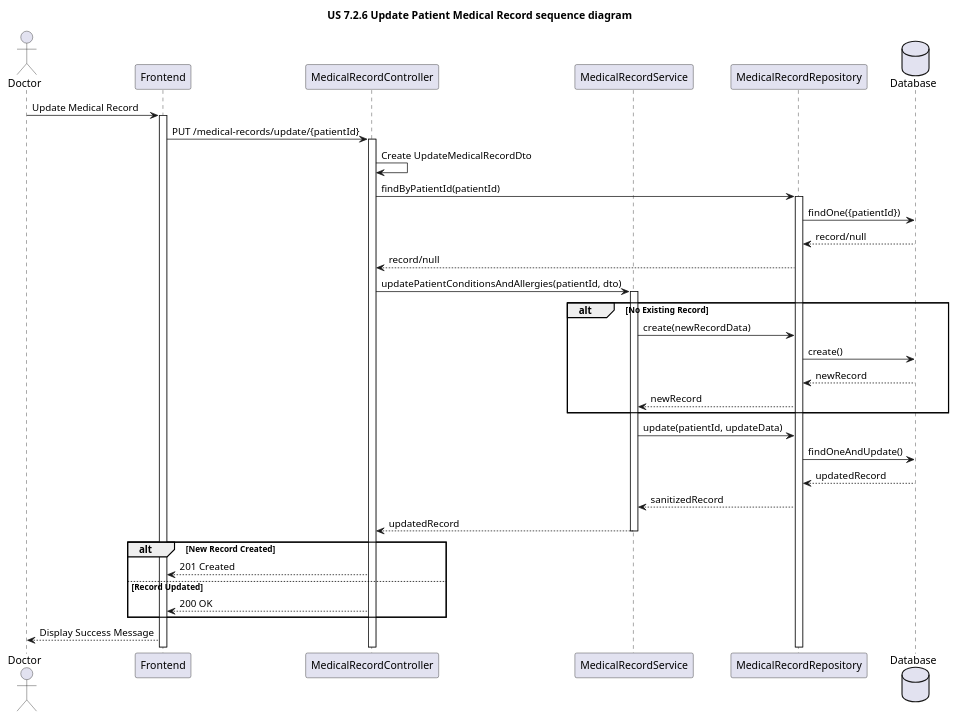
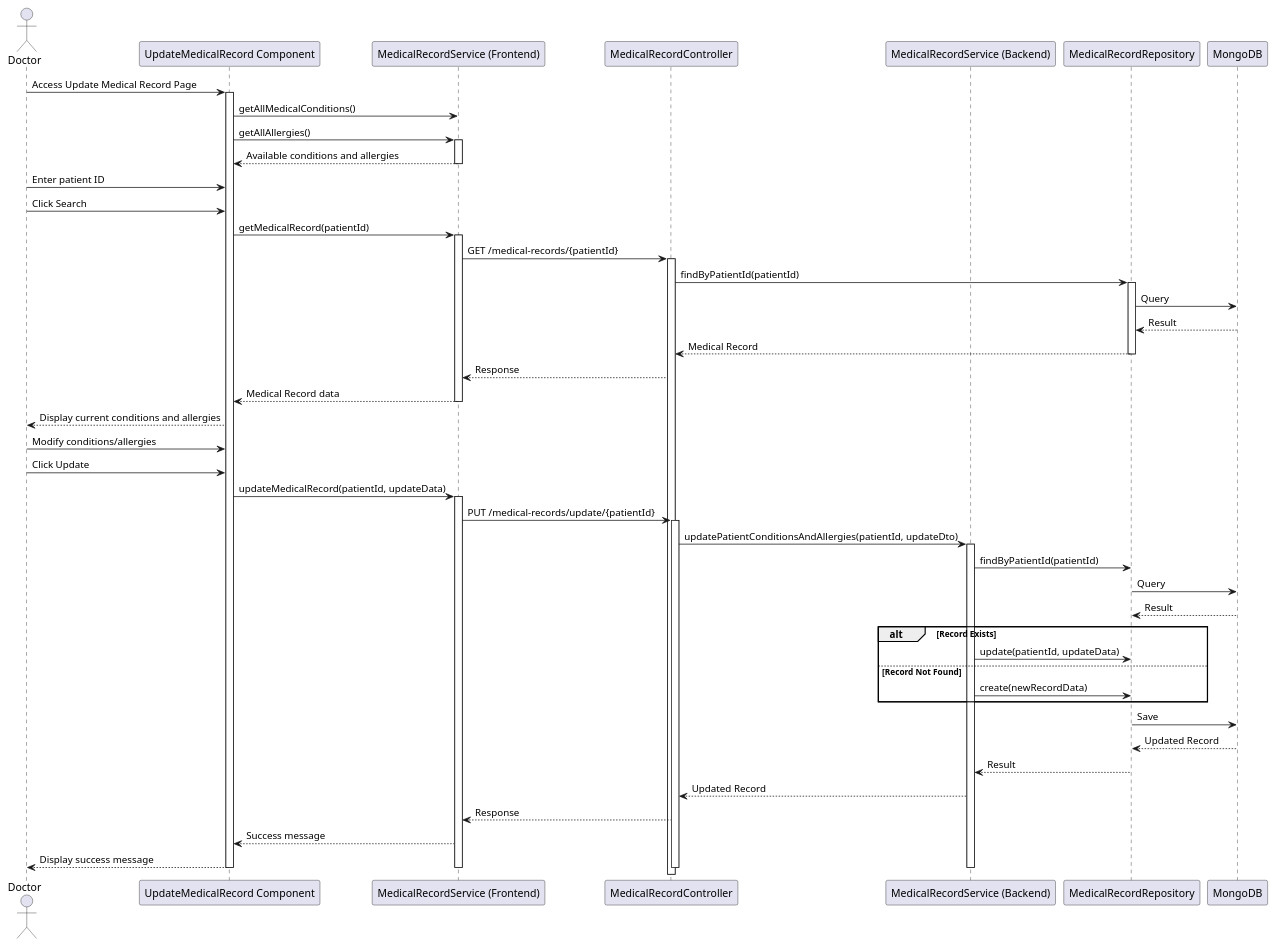
One commit to HugBar/3DC_G17 changed the diagram in docs/Sprint3/US 7.2.6/SD.puml. Above: the diagram before and after it, drawn with PlantUML. The commit also changed 5 other files, not shown here.

```diff
--- a/docs/Sprint3/US 7.2.6/SD.puml
+++ b/docs/Sprint3/US 7.2.6/SD.puml
@@ -1,51 +1,77 @@
-@startuml namespace US 7.2.6 sequence diagram
-title US 7.2.6 Update Patient Medical Record sequence diagram
+@startuml Update Medical Record Sequence Diagram
 
 actor Doctor
-participant "Frontend" as FE
-participant "MedicalRecordController" as MC
-participant "MedicalRecordService" as MS
-participant "MedicalRecordRepository" as MR
-database "Database" as DB
+participant Frontend as "UpdateMedicalRecord Component"
+participant FrontendService as "MedicalRecordService (Frontend)"
+participant Controller as "MedicalRecordController"
+participant Service as "MedicalRecordService (Backend)"
+participant Repository as "MedicalRecordRepository"
+participant Database as "MongoDB"
 
-Doctor -> FE: Update Medical Record
-activate FE
+Doctor -> Frontend: Access Update Medical Record Page
+activate Frontend
 
-FE -> MC: PUT /medical-records/update/{patientId}
-activate MC
+Frontend -> FrontendService: getAllMedicalConditions()
+Frontend -> FrontendService: getAllAllergies()
+activate FrontendService
 
-MC -> MC: Create UpdateMedicalRecordDto
-MC -> MR: findByPatientId(patientId)
-activate MR
+FrontendService --> Frontend: Available conditions and allergies
+deactivate FrontendService
 
-MR -> DB: findOne({patientId})
-DB --> MR: record/null
-MR --> MC: record/null
+Doctor -> Frontend: Enter patient ID
+Doctor -> Frontend: Click Search
+Frontend -> FrontendService: getMedicalRecord(patientId)
+activate FrontendService
 
-MC -> MS: updatePatientConditionsAndAllergies(patientId, dto)
-activate MS
+FrontendService -> Controller: GET /medical-records/{patientId}
+activate Controller
 
-alt No Existing Record
-    MS -> MR: create(newRecordData)
-    MR -> DB: create()
-    DB --> MR: newRecord
-    MR --> MS: newRecord
+Controller -> Repository: findByPatientId(patientId)
+activate Repository
+Repository -> Database: Query
+Database --> Repository: Result
+Repository --> Controller: Medical Record
+deactivate Repository
+
+Controller --> FrontendService: Response
+FrontendService --> Frontend: Medical Record data
+deactivate FrontendService
+
+Frontend --> Doctor: Display current conditions and allergies
+
+Doctor -> Frontend: Modify conditions/allergies
+Doctor -> Frontend: Click Update
+Frontend -> FrontendService: updateMedicalRecord(patientId, updateData)
+activate FrontendService
+
+FrontendService -> Controller: PUT /medical-records/update/{patientId}
+activate Controller
+
+Controller -> Service: updatePatientConditionsAndAllergies(patientId, updateDto)
+activate Service
+
+Service -> Repository: findByPatientId(patientId)
+Repository -> Database: Query
+Database --> Repository: Result
+
+alt Record Exists
+    Service -> Repository: update(patientId, updateData)
+else Record Not Found
+    Service -> Repository: create(newRecordData)
 end
 
-MS -> MR: update(patientId, updateData)
-MR -> DB: findOneAndUpdate()
-DB --> MR: updatedRecord
-MR --> MS: sanitizedRecord
+Repository -> Database: Save
+Database --> Repository: Updated Record
+Repository --> Service: Result
+Service --> Controller: Updated Record
+Controller --> FrontendService: Response
+FrontendService --> Frontend: Success message
 
-MS --> MC: updatedRecord
-deactivate MS
+Frontend --> Doctor: Display success message
 
-alt New Record Created
-    MC --> FE: 201 Created
-else Record Updated
-    MC --> FE: 200 OK
-end
-
-FE --> Doctor: Display Success Message
+deactivate Service
+deactivate Controller
+deactivate FrontendService
+deactivate Frontend
 
 @enduml
```
